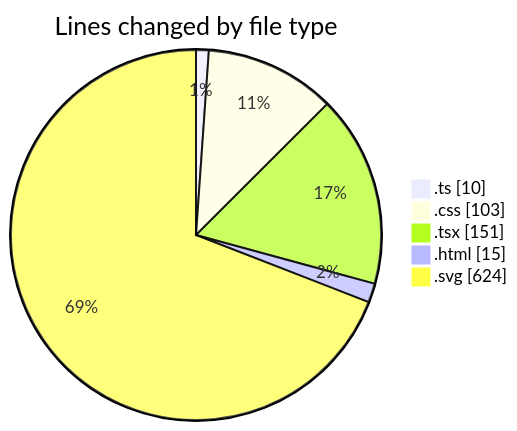
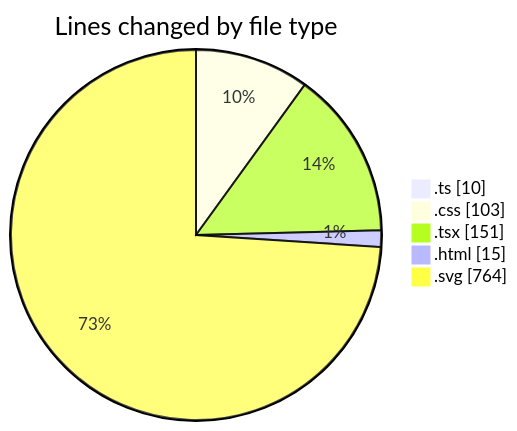
One commit to EIIisD/code-tracking changed the first of 2 diagrams in 2025-07-31/tw-server/README.md. Above: the diagram before and after it, drawn with Mermaid. The commit also changed other lines of this file and 1 other file, not shown here.

````diff
--- a/2025-07-31/tw-server/README.md
+++ b/2025-07-31/tw-server/README.md
@@ -30,9 +31,9 @@
 ```mermaid
 pie showData
 title Lines changed by file type
 ".ts" : 10
 ".css" : 103
 ".tsx" : 151
 ".html" : 15
-".svg" : 624
+".svg" : 764
 ```
````
